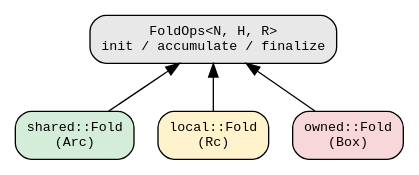
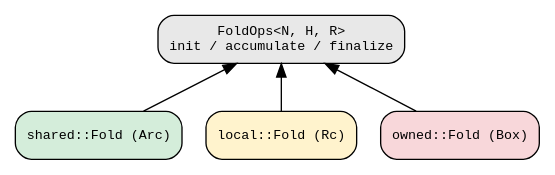
Before and after one commit to hylic-recursion/hylic-docs: the second of 2 diagrams in book/src/executor-design/domain_integration.md, drawn with Graphviz. The commit also changed other lines of this file and 16 other files, not shown here.

````diff
--- a/book/src/executor-design/domain_integration.md
+++ b/book/src/executor-design/domain_integration.md
@@ -72,17 +99,17 @@
 ```dot process
 digraph {
   rankdir=TB;
   node [shape=box, fontname="monospace", fontsize=10, style="rounded,filled"];
   edge [fontname="sans-serif", fontsize=9];
 
   foldops [label="FoldOps<N, H, R>\ninit / accumulate / finalize", fillcolor="#e8e8e8"];
 
-  sf [label="shared::Fold\n(Arc)", fillcolor="#d4edda"];
-  lf [label="local::Fold\n(Rc)", fillcolor="#fff3cd"];
-  of [label="owned::Fold\n(Box)", fillcolor="#f8d7da"];
+  sf [label="shared::Fold (Arc)", fillcolor="#d4edda"];
+  lf [label="local::Fold (Rc)", fillcolor="#fff3cd"];
+  of [label="owned::Fold (Box)", fillcolor="#f8d7da"];
 
   foldops -> sf [dir=back];
   foldops -> lf [dir=back];
   foldops -> of [dir=back];
 }
 ```
````
